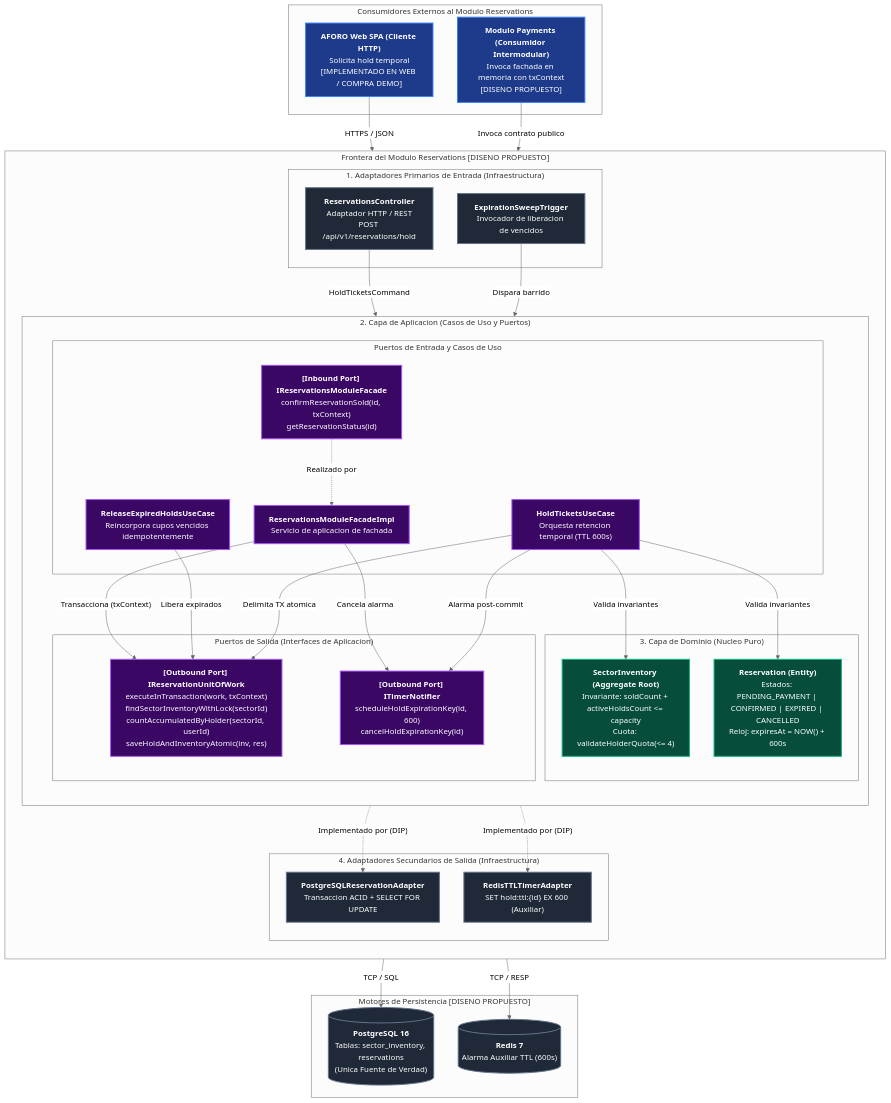
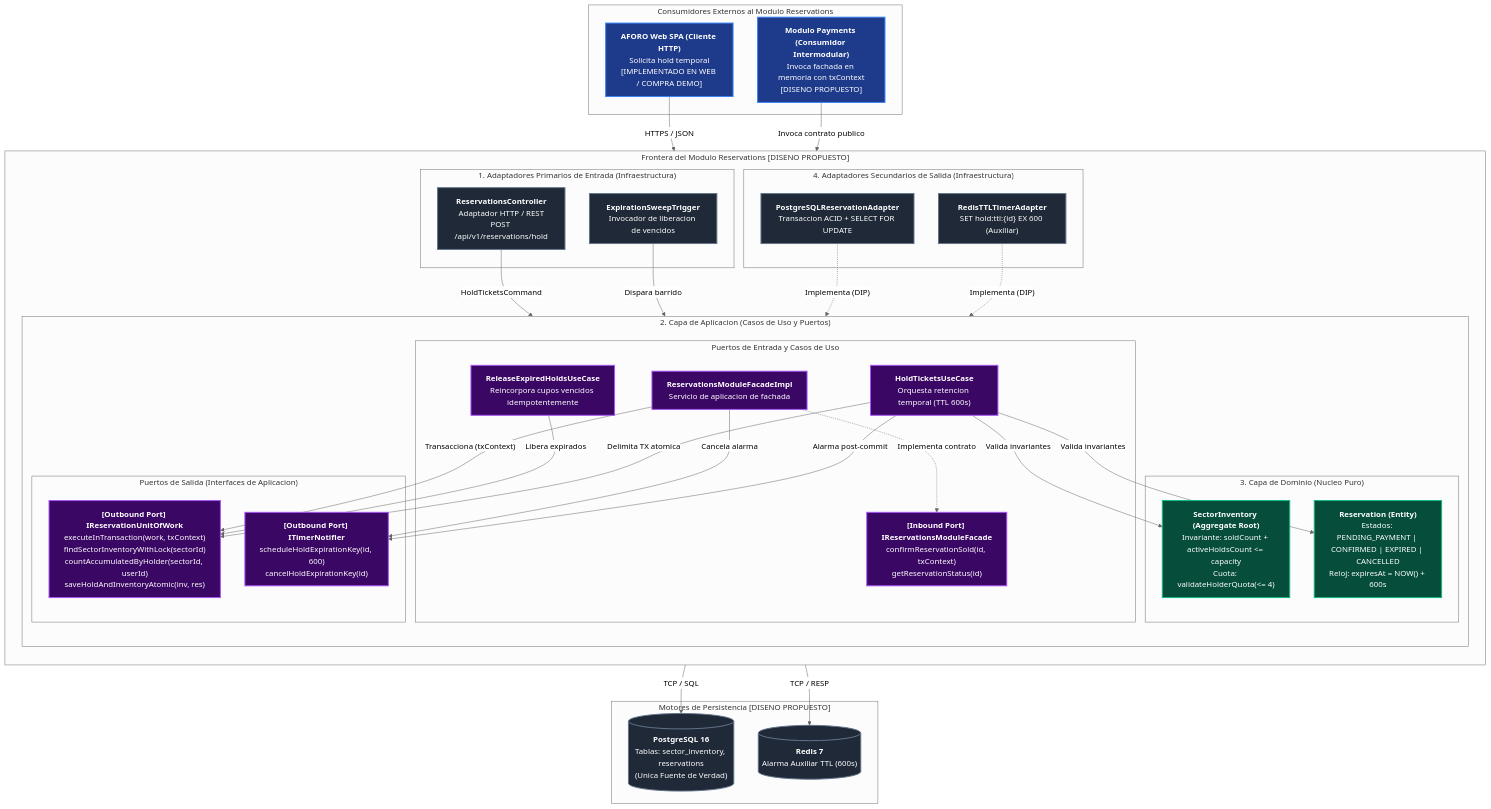
One commit to CARDBELL96/AFORO changed the diagram in docs/02-arquitectura-software/enfoque-aquitectonico.md. Above: the diagram before and after it, drawn with Mermaid (neutral theme). The commit also changed other lines of this file and 13 other files, not shown here.

````diff
--- a/docs/02-arquitectura-software/enfoque-aquitectonico.md
+++ b/docs/02-arquitectura-software/enfoque-aquitectonico.md
@@ -50,78 +60,78 @@
 ```mermaid
 flowchart TD
     subgraph EXT_CONSUMERS["Consumidores Externos al Modulo Reservations"]
         HTTP_CLI["<b>AFORO Web SPA (Cliente HTTP)</b><br/>Solicita hold temporal<br/>[IMPLEMENTADO EN WEB / COMPRA DEMO]"]
         PAY_MOD["<b>Modulo Payments (Consumidor Intermodular)</b><br/>Invoca fachada en memoria con txContext<br/>[DISENO PROPUESTO]"]
     end
 
     subgraph RES_MODULE["Frontera del Modulo Reservations [DISENO PROPUESTO]"]
         direction TB
 
         subgraph INBOUND_ADAPTERS["1. Adaptadores Primarios de Entrada (Infraestructura)"]
             CTRL["<b>ReservationsController</b><br/>Adaptador HTTP / REST<br/>POST /api/v1/reservations/hold"]
             SWEEP["<b>ExpirationSweepTrigger</b><br/>Invocador de liberacion de vencidos"]
         end
 
         subgraph APPLICATION_LAYER["2. Capa de Aplicacion (Casos de Uso y Puertos)"]
             direction TB
             subgraph INBOUND_PORTS["Puertos de Entrada y Casos de Uso"]
                 FAC_PORT["<b>[Inbound Port] IReservationsModuleFacade</b><br/>confirmReservationSold(id, txContext)<br/>getReservationStatus(id)"]
                 FAC_IMPL["<b>ReservationsModuleFacadeImpl</b><br/>Servicio de aplicacion de fachada"]
                 UC_HOLD["<b>HoldTicketsUseCase</b><br/>Orquesta retencion temporal (TTL 600s)"]
                 UC_REL["<b>ReleaseExpiredHoldsUseCase</b><br/>Reincorpora cupos vencidos idempotentemente"]
             end
 
             subgraph DOMAIN_CORE["3. Capa de Dominio (Nucleo Puro)"]
                 INV["<b>SectorInventory (Aggregate Root)</b><br/>Invariante: soldCount + activeHoldsCount &lt;= capacity<br/>Cuota: validateHolderQuota(&lt;= 4)"]
                 RES["<b>Reservation (Entity)</b><br/>Estados: PENDING_PAYMENT | CONFIRMED | EXPIRED | CANCELLED<br/>Reloj: expiresAt = NOW() + 600s"]
             end
 
             subgraph OUTBOUND_PORTS["Puertos de Salida (Interfaces de Aplicacion)"]
                 PORT_UOW["<b>[Outbound Port] IReservationUnitOfWork</b><br/>executeInTransaction(work, txContext)<br/>findSectorInventoryWithLock(sectorId)<br/>countAccumulatedByHolder(sectorId, userId)<br/>saveHoldAndInventoryAtomic(inv, res)"]
                 PORT_TMR["<b>[Outbound Port] ITimerNotifier</b><br/>scheduleHoldExpirationKey(id, 600)<br/>cancelHoldExpirationKey(id)"]
             end
         end
 
         subgraph OUTBOUND_ADAPTERS["4. Adaptadores Secundarios de Salida (Infraestructura)"]
             ADAPT_PG["<b>PostgreSQLReservationAdapter</b><br/>Transaccion ACID + SELECT FOR UPDATE"]
             ADAPT_RD["<b>RedisTTLTimerAdapter</b><br/>SET hold:ttl:{id} EX 600 (Auxiliar)"]
         end
     end
 
     subgraph INFRA_ENGINES["Motores de Persistencia [DISENO PROPUESTO]"]
         PG[("<b>PostgreSQL 16</b><br/>Tablas: sector_inventory, reservations<br/>(Unica Fuente de Verdad)")]
         RD[("<b>Redis 7</b><br/>Alarma Auxiliar TTL (600s)")]
     end
 
     %% Flujo desde Consumidores y Adaptadores de Entrada hacia Aplicacion
     HTTP_CLI -->|"HTTPS / JSON"| CTRL
     CTRL -->|"HoldTicketsCommand"| UC_HOLD
     SWEEP -->|"Dispara barrido"| UC_REL
     PAY_MOD -->|"Invoca contrato publico"| FAC_PORT
-    FAC_PORT -.->|"Realizado por"| FAC_IMPL
+    FAC_IMPL -.->|"Implementa contrato"| FAC_PORT
 
     %% Uso del Dominio y Puertos de Salida por Aplicacion
     UC_HOLD -->|"Valida invariantes"| INV & RES
     UC_HOLD -->|"Delimita TX atomica"| PORT_UOW
     UC_HOLD -->|"Alarma post-commit"| PORT_TMR
     UC_REL -->|"Libera expirados"| PORT_UOW
     FAC_IMPL -->|"Transacciona (txContext)"| PORT_UOW
     FAC_IMPL -->|"Cancela alarma"| PORT_TMR
 
     %% Inversion de Dependencias en Adaptadores de Salida (DIP)
-    PORT_UOW -.->|"Implementado por (DIP)"| ADAPT_PG
-    PORT_TMR -.->|"Implementado por (DIP)"| ADAPT_RD
+    ADAPT_PG -.->|"Implementa (DIP)"| PORT_UOW
+    ADAPT_RD -.->|"Implementa (DIP)"| PORT_TMR
 
     ADAPT_PG -->|"TCP / SQL"| PG
     ADAPT_RD -->|"TCP / RESP"| RD
 
     classDef client fill:#1e3a8a,stroke:#3b82f6,stroke-width:2px,color:#ffffff;
     classDef app fill:#3b0764,stroke:#a855f7,stroke-width:2px,color:#ffffff;
     classDef domain fill:#064e3b,stroke:#10b981,stroke-width:2px,color:#ffffff;
     classDef infra fill:#1f2937,stroke:#64748b,stroke-width:2px,color:#ffffff;
 
     class HTTP_CLI,PAY_MOD client;
     class FAC_PORT,FAC_IMPL,UC_HOLD,UC_REL,PORT_UOW,PORT_TMR app;
     class INV,RES domain;
     class CTRL,SWEEP,ADAPT_PG,ADAPT_RD,PG,RD infra;
 ```
````
